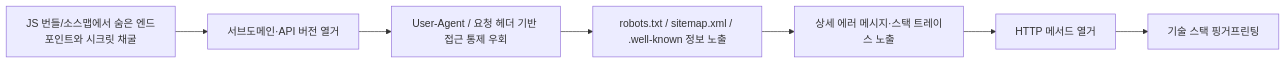
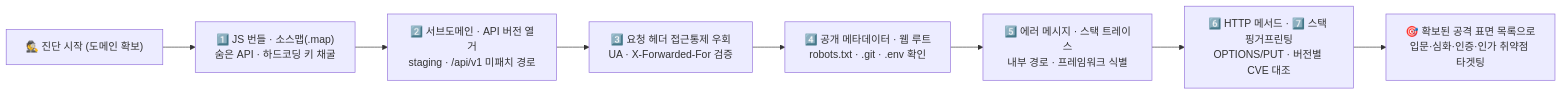
Before and after one commit to gooyong-sec/gooyong-sec.github.io: the first of 2 diagrams in content/웹취약점/웹 취약점 진단 정찰편 — 공격표면 매핑과 헤더 기반 접근통제 우회.md, drawn with Mermaid. The commit also changed other lines of this file and 68 other files, not shown here.

````diff
--- a/content/웹취약점/웹 취약점 진단 정찰편 — 공격표면 매핑과 헤더 기반 접근통제 우회.md
+++ b/content/웹취약점/웹 취약점 진단 정찰편 — 공격표면 매핑과 헤더 기반 접근통제 우회.md
@@ -118,9 +17,10 @@
 ```mermaid
 flowchart LR
-    A["JS 번들/소스맵에서 숨은 엔드포인트와 시크릿 채굴"] --> B["서브도메인·API 버전 열거"]
-    B --> C["User-Agent / 요청 헤더 기반 접근 통제 우회"]
-    C --> D["robots.txt / sitemap.xml / .well-known 정보 노출"]
-    D --> E["상세 에러 메시지·스택 트레이스 노출"]
-    E --> F["HTTP 메서드 열거"]
-    F --> G["기술 스택 핑거프린팅"]
+    Start["🕵️ 진단 시작 (도메인 확보)"] --> R1["1️⃣ JS 번들 · 소스맵(.map)<br/>숨은 API · 하드코딩 키 채굴"]
+    R1 --> R2["2️⃣ 서브도메인 · API 버전 열거<br/>staging · /api/v1 미패치 경로"]
+    R2 --> R3["3️⃣ 요청 헤더 접근통제 우회<br/>UA · X-Forwarded-For 검증"]
+    R3 --> R4["4️⃣ 공개 메타데이터 · 웹 루트<br/>robots.txt · .git · .env 확인"]
+    R4 --> R5["5️⃣ 에러 메시지 · 스택 트레이스<br/>내부 경로 · 프레임워크 식별"]
+    R5 --> R6["6️⃣ HTTP 메서드 · 7️⃣ 스택 핑거프린팅<br/>OPTIONS/PUT · 버전별 CVE 대조"]
+    R6 --> Target["🎯 확보된 공격 표면 목록으로<br/>입문·심화·인증·인가 취약점 타겟팅"]
 ```
````
